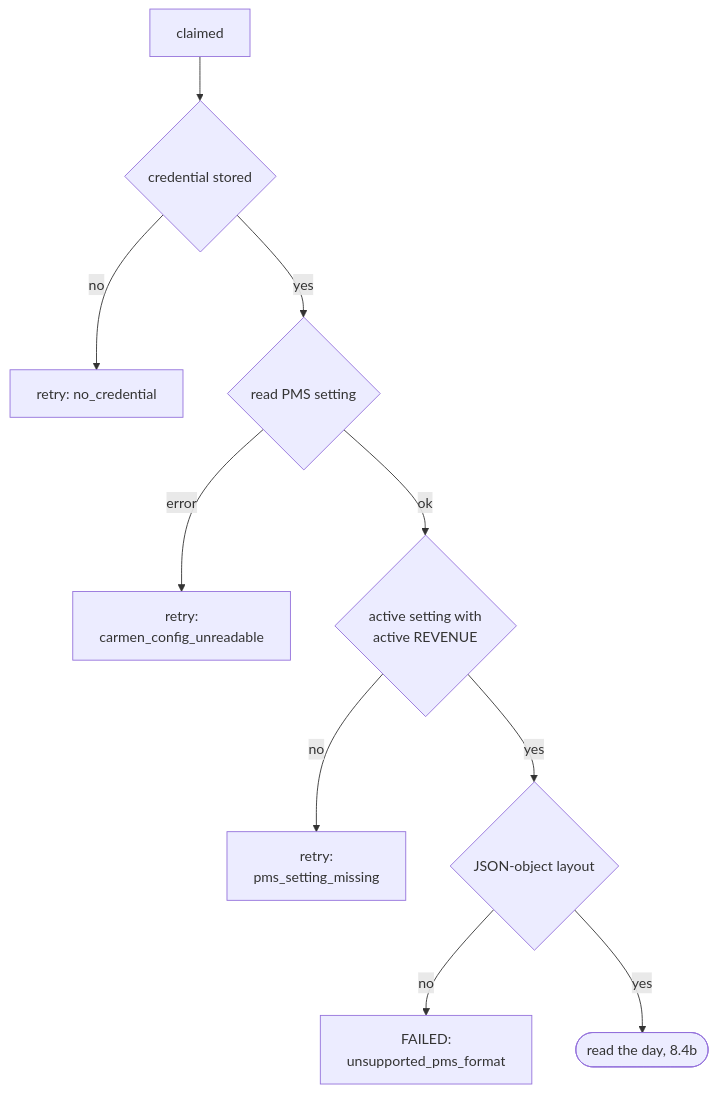
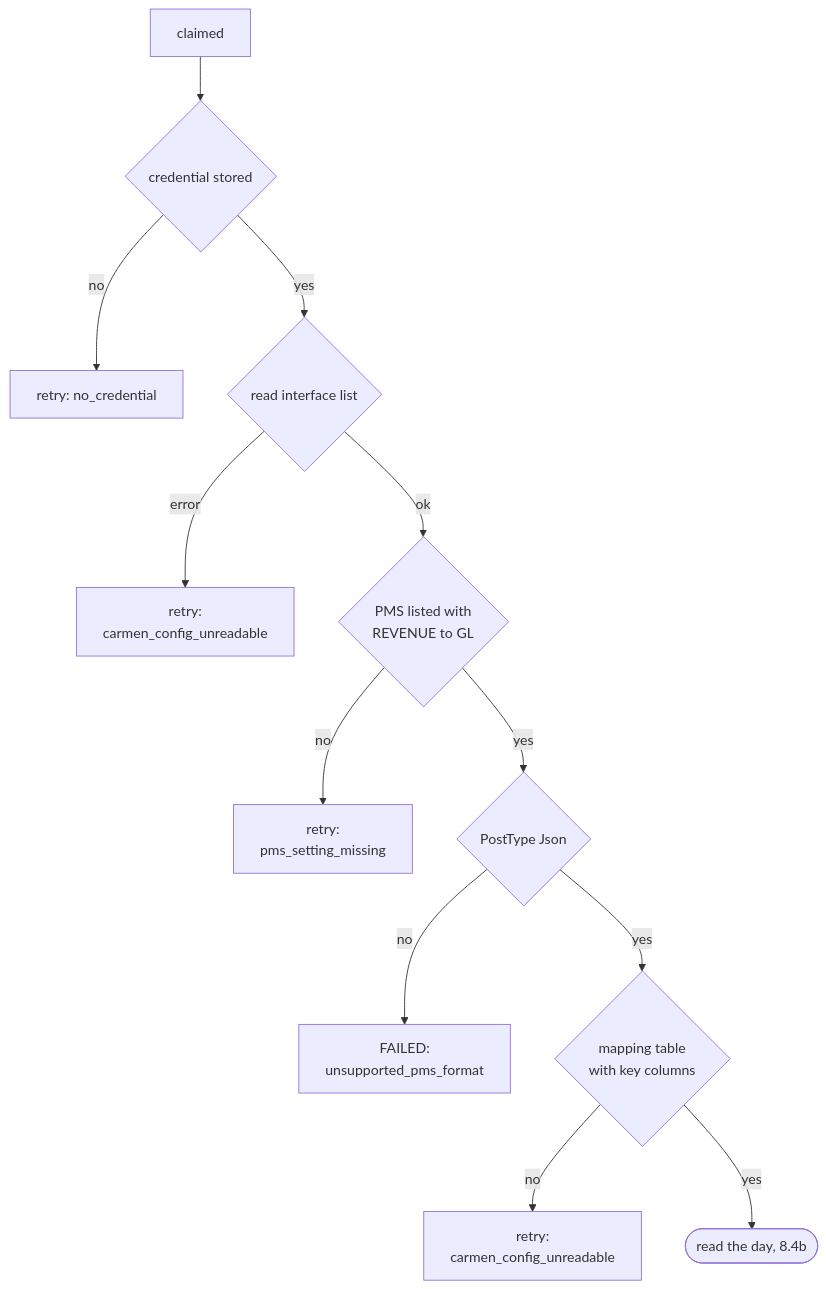
Before and after one commit to developer-carmensoftware/OCR: the seventh of 10 diagrams in docs/frd/FRD-11-pms-interface.md, drawn with Mermaid. The commit also changed other lines of this file and 2 other files, not shown here.

First line of the commit message:
docs(pms): FRD-11 v1.3 and RS-07 follow decision-log #51

````diff
--- a/docs/frd/FRD-11-pms-interface.md
+++ b/docs/frd/FRD-11-pms-interface.md
@@ -361,12 +361,14 @@
-```mermaid 8.4a | Before the day is read — Carmen's setting
+```mermaid 8.4a | Before the day is read — Carmen's interface list and mapping table
 flowchart TB
     A[claimed] --> B{credential stored}
     B -->|no| R1[retry: no_credential]
-    B -->|yes| C{read PMS setting}
+    B -->|yes| C{read interface list}
     C -->|error| R2[retry:<br/>carmen_config_unreadable]
-    C -->|ok| D{active setting with<br/>active REVENUE}
+    C -->|ok| D{PMS listed with<br/>REVENUE to GL}
     D -->|no| R3[retry:<br/>pms_setting_missing]
-    D -->|yes| E{JSON-object layout}
+    D -->|yes| E{PostType Json}
     E -->|no| F1[FAILED:<br/>unsupported_pms_format]
-    E -->|yes| N([read the day, 8.4b])
+    E -->|yes| M{mapping table<br/>with key columns}
+    M -->|no| R6[retry:<br/>carmen_config_unreadable]
+    M -->|yes| N([read the day, 8.4b])
 ```
````
